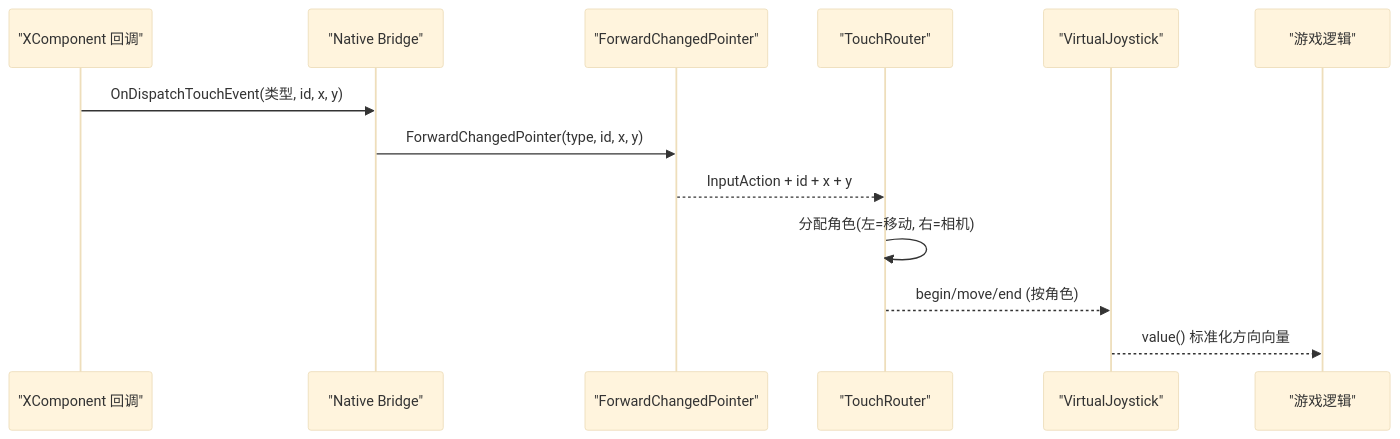
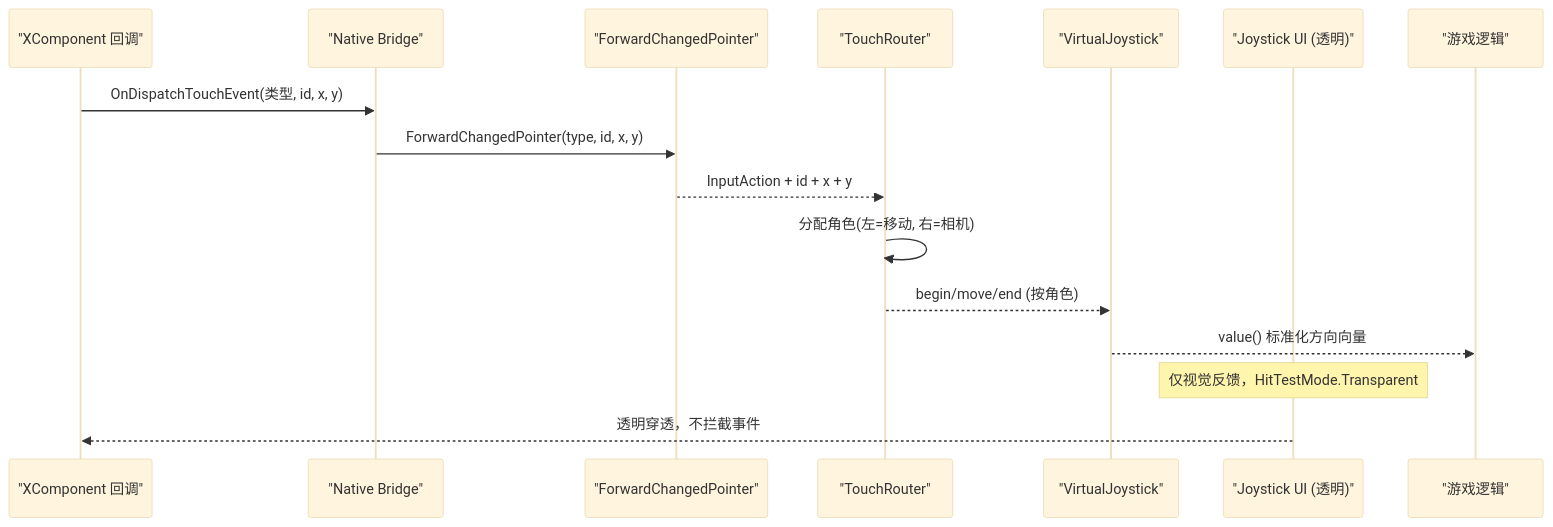
Before and after one commit to sj123sheng/my-world: the second of 6 diagrams in .qoder/repowiki/zh/content/输入处理系统/虚拟摇杆控制.md, drawn with Mermaid (base theme). The commit also changed other lines of this file and 160 other files, not shown here.

````diff
--- a/.qoder/repowiki/zh/content/输入处理系统/虚拟摇杆控制.md
+++ b/.qoder/repowiki/zh/content/输入处理系统/虚拟摇杆控制.md
@@ -92,15 +113,18 @@
 ```mermaid
 sequenceDiagram
 participant UI as "XComponent 回调"
 participant NB as "Native Bridge"
 participant CPF as "ForwardChangedPointer"
 participant TR as "TouchRouter"
 participant VJ as "VirtualJoystick"
+participant JS as "Joystick UI (透明)"
 participant Game as "游戏逻辑"
 UI->>NB : OnDispatchTouchEvent(类型, id, x, y)
 NB->>CPF : ForwardChangedPointer(type, id, x, y)
 CPF-->>TR : InputAction + id + x + y
 TR->>TR : 分配角色(左=移动, 右=相机)
 TR-->>VJ : begin/move/end (按角色)
 VJ-->>Game : value() 标准化方向向量
+Note over JS : 仅视觉反馈，HitTestMode.Transparent
+JS-->>UI : 透明穿透，不拦截事件
 ```
````
